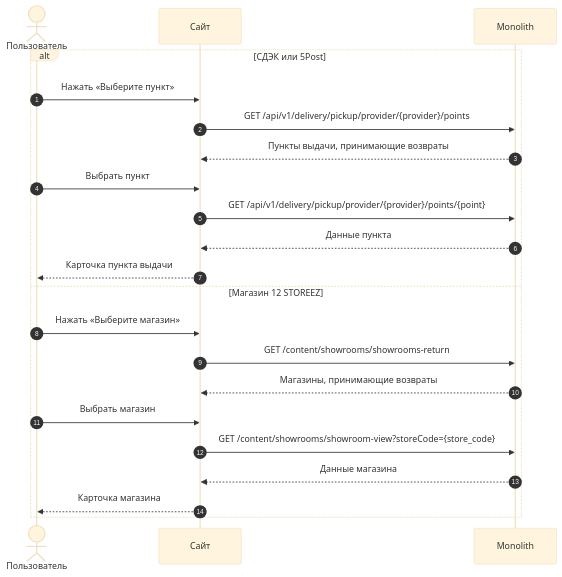
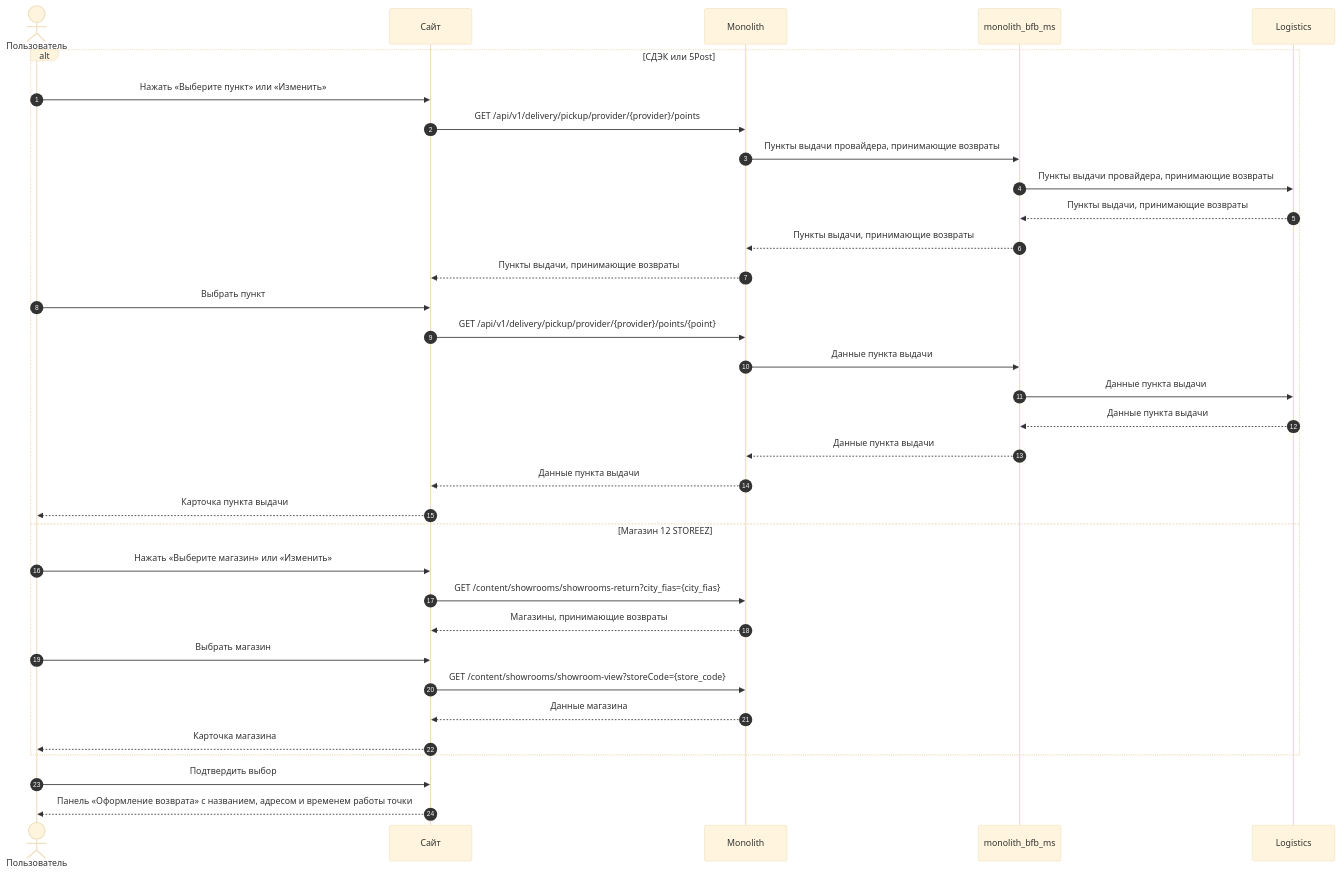
One commit to Terinss155/opencode-agents-analysis changed the eighth of 21 diagrams in projects/returns-2.0/requirements/srs/srs-web-mvp.md. Above: the diagram before and after it, drawn with Mermaid (base theme). The commit also changed other lines of this file and 135 other files, not shown here.

````diff
--- a/projects/returns-2.0/requirements/srs/srs-web-mvp.md
+++ b/projects/returns-2.0/requirements/srs/srs-web-mvp.md
@@ -439,25 +574,37 @@
 ```mermaid
 sequenceDiagram
     autonumber
     actor U as Пользователь
     participant WEB as Сайт
     participant MON as Monolith
+    participant BFB as monolith_bfb_ms
+    participant LOG as Logistics
 
     alt СДЭК или 5Post
-        U->>WEB: Нажать «Выберите пункт»
+        U->>WEB: Нажать «Выберите пункт» или «Изменить»
         WEB->>MON: GET /api/v1/delivery/pickup/provider/{provider}/points
+        MON->>BFB: Пункты выдачи провайдера, принимающие возвраты
+        BFB->>LOG: Пункты выдачи провайдера, принимающие возвраты
+        LOG-->>BFB: Пункты выдачи, принимающие возвраты
+        BFB-->>MON: Пункты выдачи, принимающие возвраты
         MON-->>WEB: Пункты выдачи, принимающие возвраты
         U->>WEB: Выбрать пункт
         WEB->>MON: GET /api/v1/delivery/pickup/provider/{provider}/points/{point}
-        MON-->>WEB: Данные пункта
+        MON->>BFB: Данные пункта выдачи
+        BFB->>LOG: Данные пункта выдачи
+        LOG-->>BFB: Данные пункта выдачи
+        BFB-->>MON: Данные пункта выдачи
+        MON-->>WEB: Данные пункта выдачи
         WEB-->>U: Карточка пункта выдачи
     else Магазин 12 STOREEZ
-        U->>WEB: Нажать «Выберите магазин»
-        WEB->>MON: GET /content/showrooms/showrooms-return
+        U->>WEB: Нажать «Выберите магазин» или «Изменить»
+        WEB->>MON: GET /content/showrooms/showrooms-return?city_fias={city_fias}
         MON-->>WEB: Магазины, принимающие возвраты
         U->>WEB: Выбрать магазин
         WEB->>MON: GET /content/showrooms/showroom-view?storeCode={store_code}
         MON-->>WEB: Данные магазина
         WEB-->>U: Карточка магазина
     end
+    U->>WEB: Подтвердить выбор
+    WEB-->>U: Панель «Оформление возврата» с названием, адресом и временем работы точки
 ```
````
